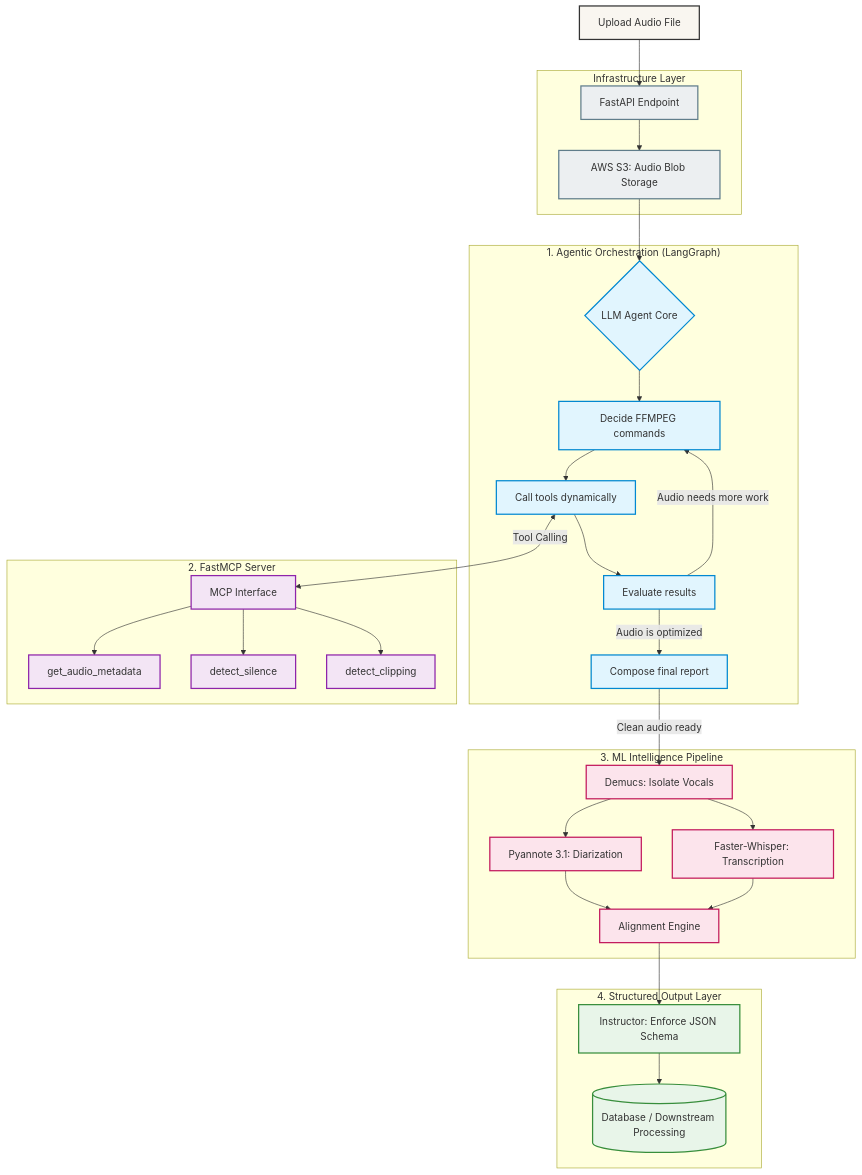
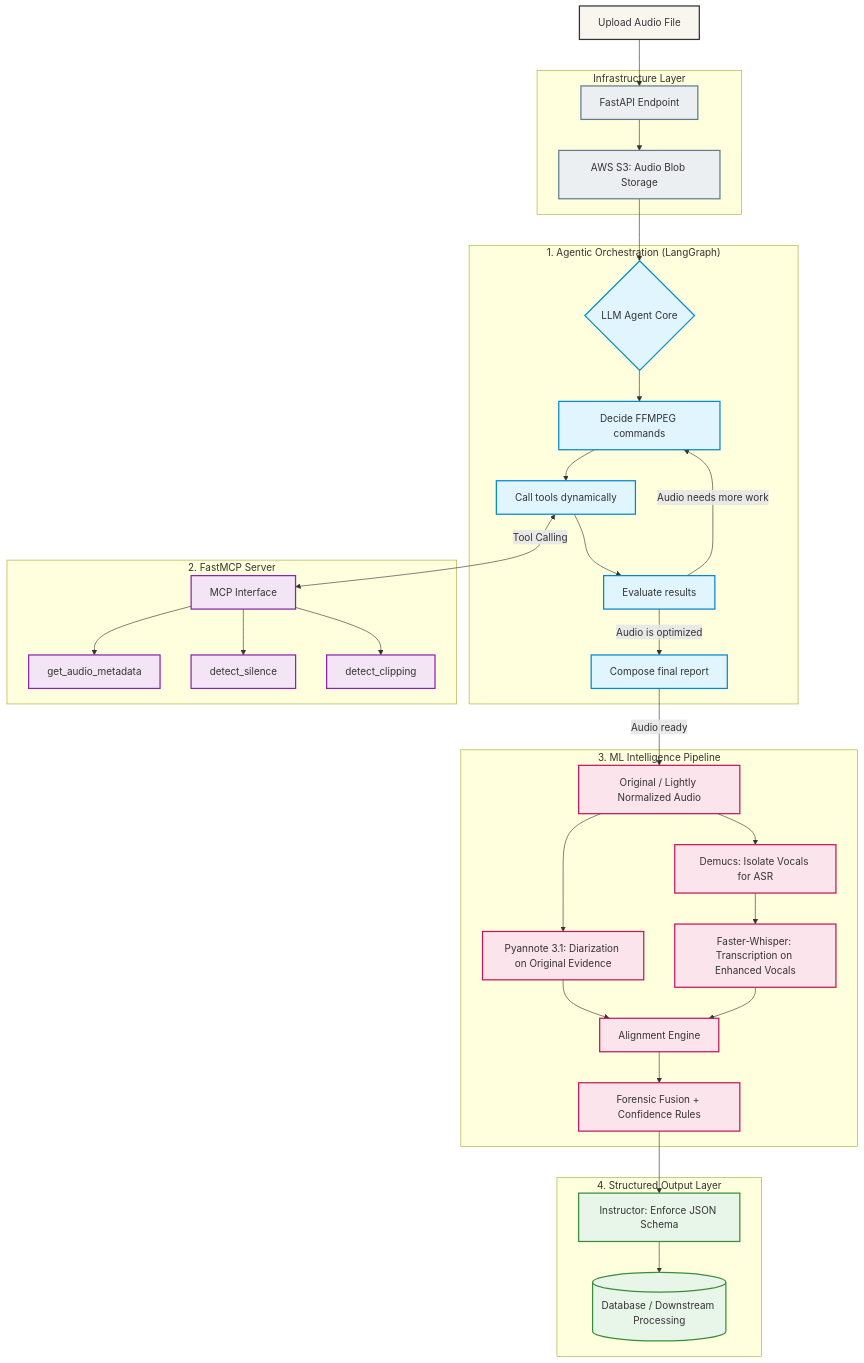
One commit to Ajisaktibimo/voicescript changed the diagram in architecture.mmd. Above: the diagram before and after it, drawn with Mermaid. The commit also changed 5 other files, not shown here.

Commit message:
feat: split enhanced transcription from diarization evidence

```diff
--- a/architecture.mmd
+++ b/architecture.mmd
@@ -1,64 +1,68 @@
 graph TD
     classDef input fill:#f9f6f0,stroke:#333,stroke-width:2px;
     classDef agent fill:#e1f5fe,stroke:#0288d1,stroke-width:2px;
     classDef tools fill:#f3e5f5,stroke:#8e24aa,stroke-width:2px;
     classDef ml fill:#fce4ec,stroke:#c2185b,stroke-width:2px;
     classDef output fill:#e8f5e9,stroke:#388e3c,stroke-width:2px;
     classDef infra fill:#eceff1,stroke:#607d8b,stroke-width:2px;
 
     subgraph "Infrastructure Layer"
         API[FastAPI Endpoint]:::infra
         Storage[AWS S3: Audio Blob Storage]:::infra
     end
 
     ClientUpload[Upload Audio File]:::input --> API
     API --> Storage
     Storage --> AgentLoop
 
     subgraph "1. Agentic Orchestration (LangGraph)"
         AgentLoop{LLM Agent Core}:::agent
         Plan[Decide FFMPEG commands]:::agent
         Execute[Call tools dynamically]:::agent
         Reflect[Evaluate results]:::agent
         Report[Compose final report]:::agent
 
         AgentLoop --> Plan
         Plan --> Execute
         Execute --> Reflect
         Reflect -->|Audio needs more work| Plan
         Reflect -->|Audio is optimized| Report
     end
 
     subgraph "2. FastMCP Server"
         MCP[MCP Interface]:::tools
         T1[get_audio_metadata]:::tools
         T2[detect_silence]:::tools
         T3[detect_clipping]:::tools
         
         MCP --> T1
         MCP --> T2
         MCP --> T3
     end
 
     Execute <-->|Tool Calling| MCP
 
     subgraph "3. ML Intelligence Pipeline"
-        D1[Demucs: Isolate Vocals]:::ml
-        P1[Pyannote 3.1: Diarization]:::ml
-        W1[Faster-Whisper: Transcription]:::ml
+        Original[Original / Lightly Normalized Audio]:::ml
+        D1[Demucs: Isolate Vocals for ASR]:::ml
+        P1[Pyannote 3.1: Diarization on Original Evidence]:::ml
+        W1[Faster-Whisper: Transcription on Enhanced Vocals]:::ml
         Align[Alignment Engine]:::ml
+        Fusion[Forensic Fusion + Confidence Rules]:::ml
     end
 
-    Report -->|Clean audio ready| D1
-    D1 --> P1
+    Report -->|Audio ready| Original
+    Original --> D1
+    Original --> P1
     D1 --> W1
     P1 --> Align
     W1 --> Align
+    Align --> Fusion
 
     subgraph "4. Structured Output Layer"
         Pydantic[Instructor: Enforce JSON Schema]:::output
         FinalDB[(Database / Downstream Processing)]:::output
     end
 
-    Align --> Pydantic
+    Fusion --> Pydantic
     Pydantic --> FinalDB
```
